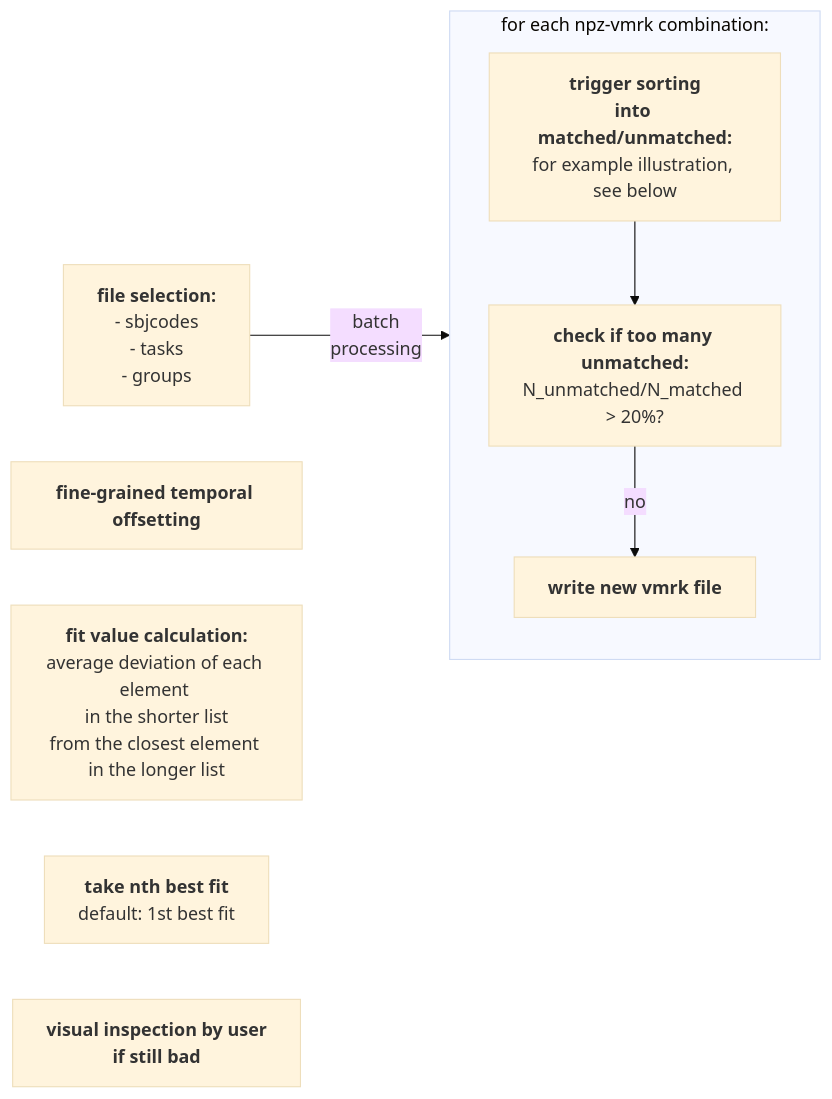
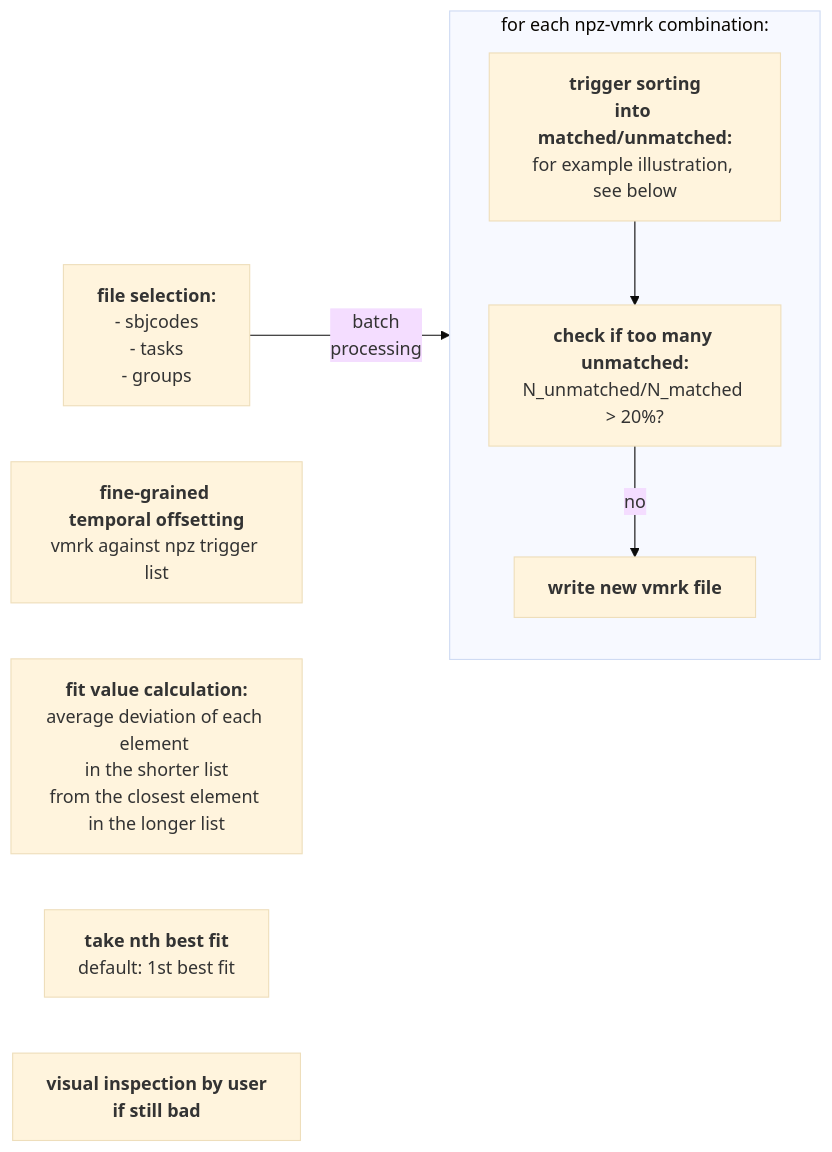
Before and after one commit to neuro-dream/Trigger-Fix: the diagram in README.md, drawn with Mermaid (base theme).

````diff
--- a/README.md
+++ b/README.md
@@ -6,25 +6,25 @@
 ```mermaid
 
 %% (function: <a href='https://github.com/neurodream/Trigger-Fix/blob/main/trigfix/trigger_compare_functions.py#L92'>apply_fix</a>)
 
 graph LR;
     A["<b>file selection:</b><br>- sbjcodes<br> - tasks<br> - groups"]
     B["<b>trigger sorting<br>into matched/unmatched:</b><br>for example illustration, see below"]
     C["<b>check if too many unmatched:</b><br>N_unmatched/N_matched > 20%?"]
-    D["<b>fine-grained temporal offsetting</b>"]
+    D["<b>fine-grained <br>temporal offsetting</b><br>vmrk against npz trigger list"]
     E["<b>fit value calculation:</b><br>average deviation of each element <br> in the shorter list <br>from the closest element <br>in the longer list"]
     F["<b>take nth best fit</b><br>default: 1st best fit"]
     G["<b>write new vmrk file</b>"]
     H["<b>visual inspection by user <br>if still bad</b>"]
 
 subgraph for_each_file_comb["for each npz-vmrk combination:"]
     direction TB
     B-->C;
     C-->|no|G;
 end
 
     A--"batch <br>processing"-->for_each_file_comb;
     %% A-->C;
     %% B-->D;
     %% C-->D;
 ```
````
